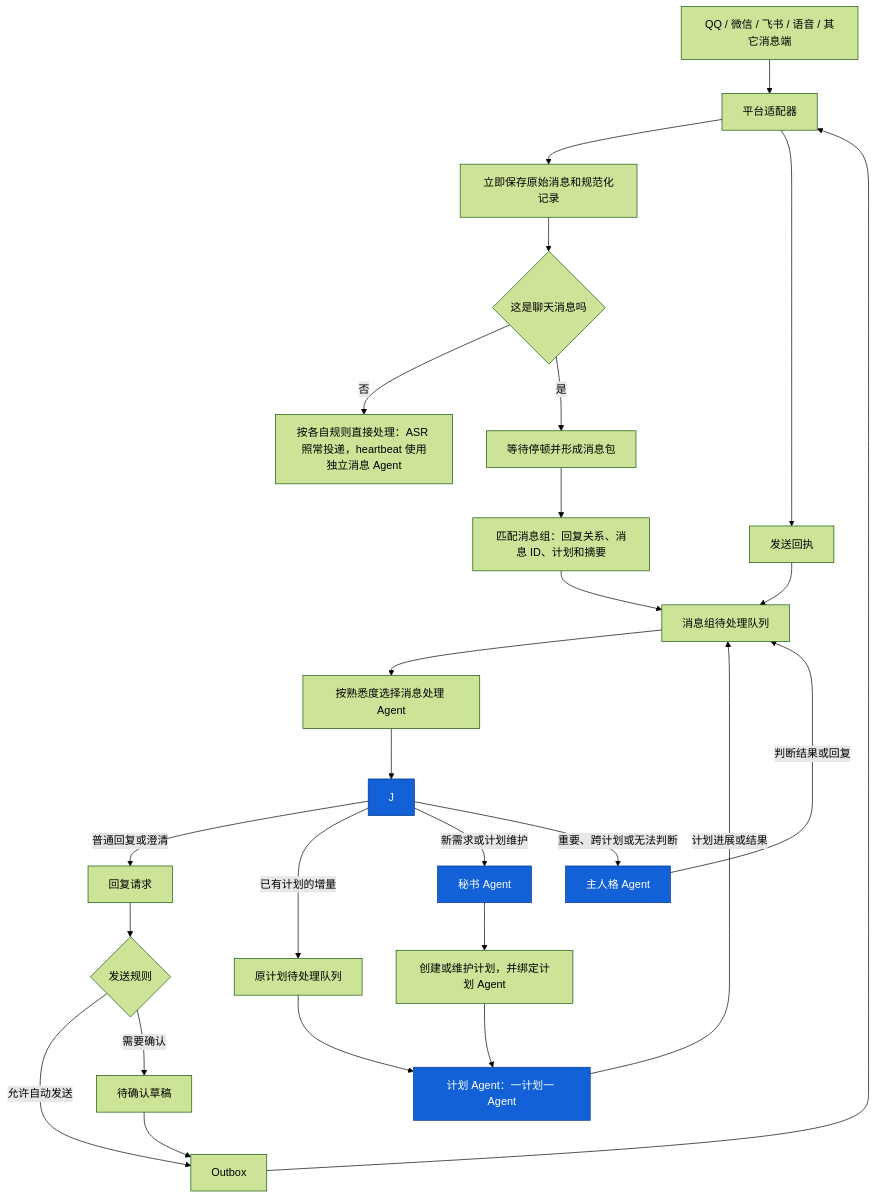
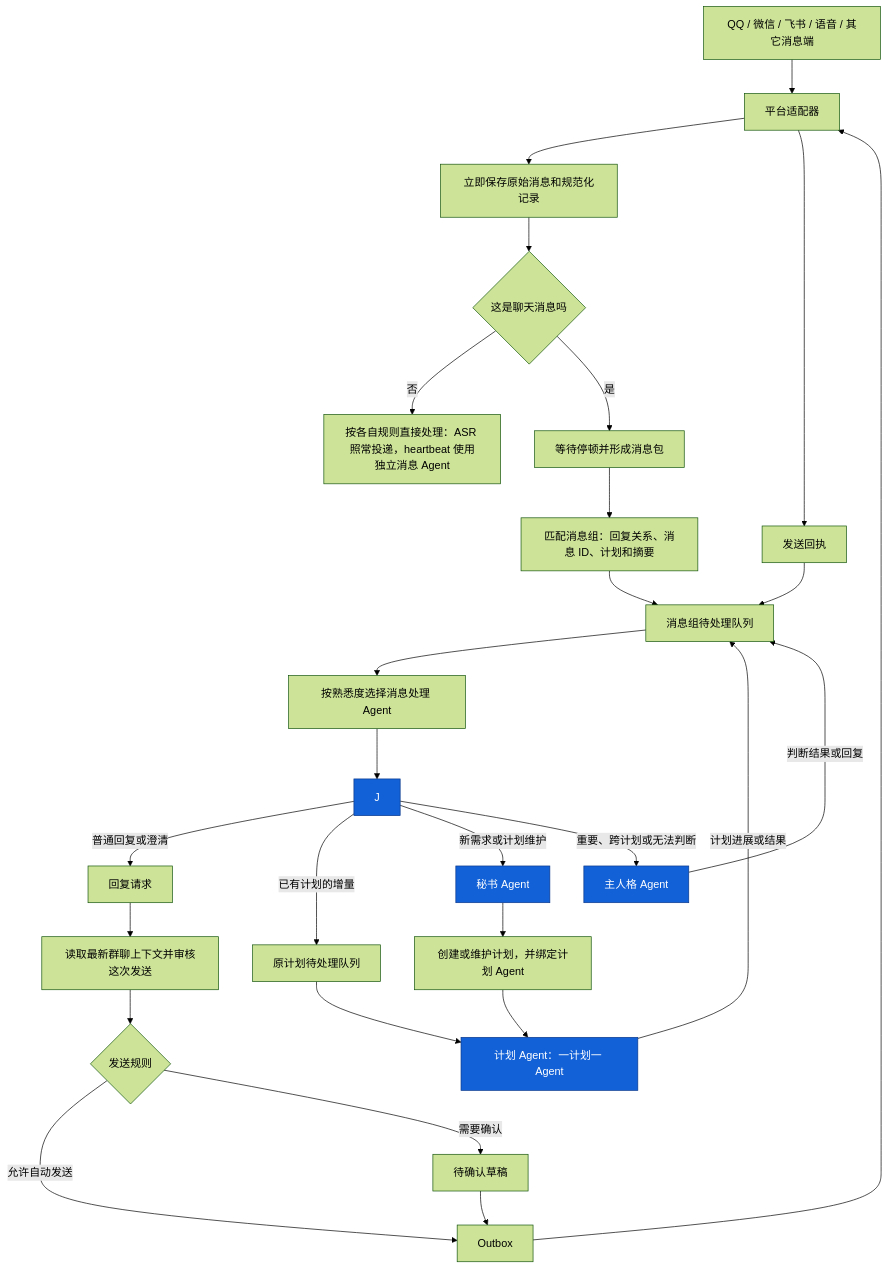
Before and after one commit to vb2250158/RabiRoute: the first of 2 diagrams in docs/group-message-batching-and-triage-plan.md, drawn with Mermaid (forest theme). The commit also changed other lines of this file and 186 other files, not shown here.

````diff
--- a/docs/group-message-batching-and-triage-plan.md
+++ b/docs/group-message-batching-and-triage-plan.md
@@ -64,34 +64,35 @@
 ```mermaid
 flowchart TB
     A["QQ / 微信 / 飞书 / 语音 / 其它消息端"] --> B["平台适配器"]
     B --> C["立即保存原始消息和规范化记录"]
     C --> D{"这是聊天消息吗"}
     D -->|"否"| E["按各自规则直接处理：ASR 照常投递，heartbeat 使用独立消息 Agent"]
     D -->|"是"| F["等待停顿并形成消息包"]
     F --> G["匹配消息组：回复关系、消息 ID、计划和摘要"]
     G --> H["消息组待处理队列"]
     H --> I["按熟悉度选择消息处理 Agent"]
     I --> J
 
     J -->|"普通回复或澄清"| K["回复请求"]
     J -->|"已有计划的增量"| L["原计划待处理队列"]
     J -->|"新需求或计划维护"| M["秘书 Agent"]
     J -->|"重要、跨计划或无法判断"| N["主人格 Agent"]
 
     M --> O["创建或维护计划，并绑定计划 Agent"]
     O --> P["计划 Agent：一计划一 Agent"]
     L --> P
     P -->|"计划进展或结果"| H
     N -->|"判断结果或回复"| H
 
-    K --> Q{"发送规则"}
+    K --> T0["读取最新群聊上下文并审核这次发送"]
+    T0 --> Q{"发送规则"}
     Q -->|"允许自动发送"| R["Outbox"]
     Q -->|"需要确认"| S["待确认草稿"]
     S --> R
     R --> B
     B --> T["发送回执"]
     T --> H
 
     classDef agent fill:#1261d7,stroke:#0a388b,color:#ffffff;
     class J,M,N,P agent;
 ```
````
